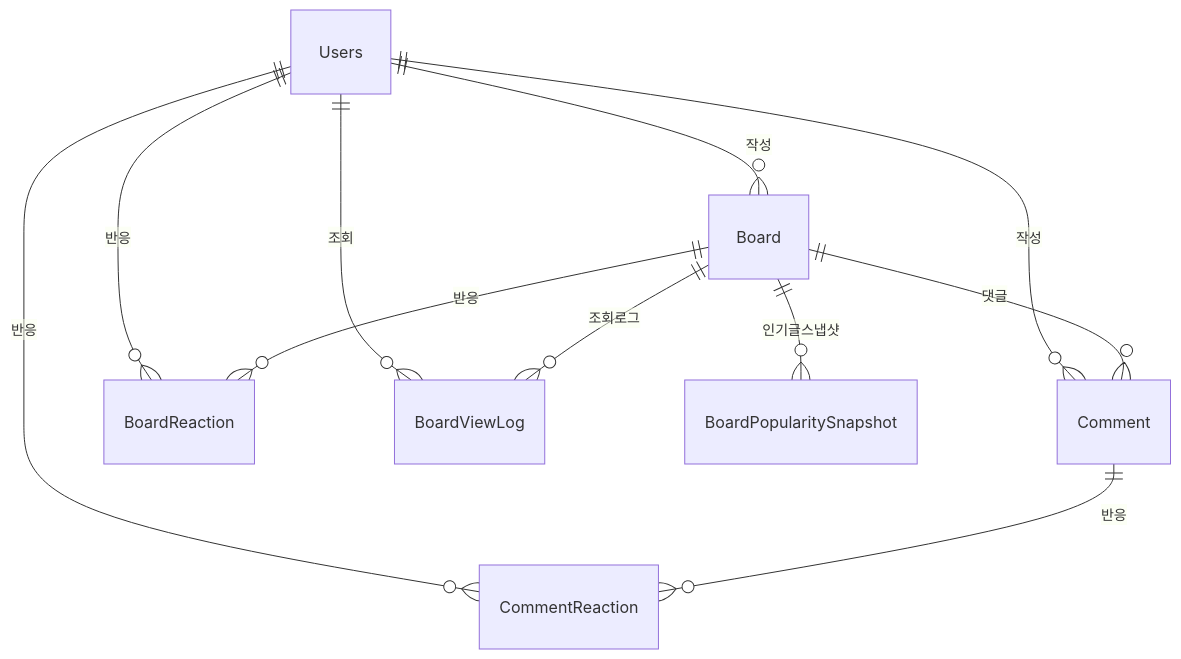
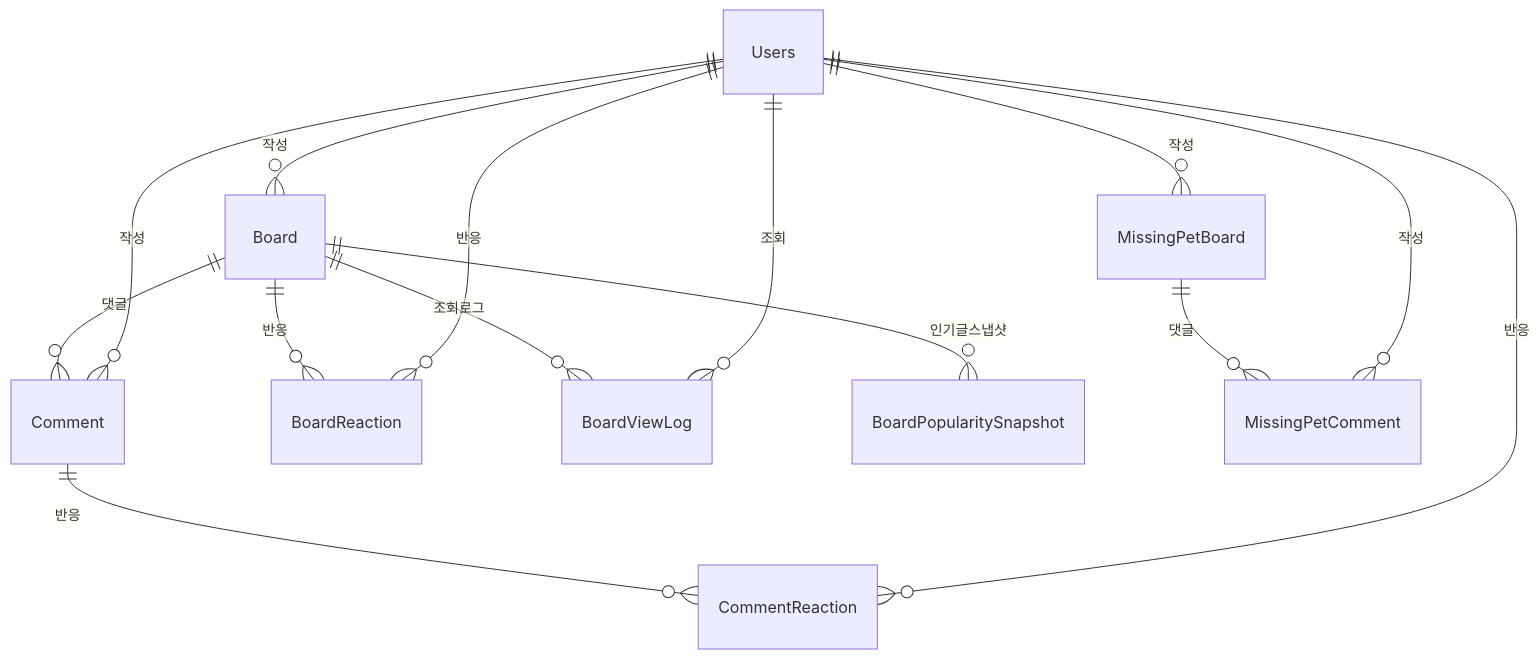
The diagram in docs/domains/board.md (makkong1/Petory), drawn with Mermaid before and after one commit. The commit also changed other lines of this file and 10 other files, not shown here.

````diff
--- a/docs/domains/board.md
+++ b/docs/domains/board.md
@@ -303,13 +430,16 @@
 ```mermaid
 erDiagram
     Users ||--o{ Board : "작성"
     Board ||--o{ Comment : "댓글"
     Board ||--o{ BoardReaction : "반응"
     Board ||--o{ BoardViewLog : "조회로그"
     Board ||--o{ BoardPopularitySnapshot : "인기글스냅샷"
     Comment ||--o{ CommentReaction : "반응"
     Users ||--o{ Comment : "작성"
     Users ||--o{ BoardReaction : "반응"
     Users ||--o{ CommentReaction : "반응"
     Users ||--o{ BoardViewLog : "조회"
+    Users ||--o{ MissingPetBoard : "작성"
+    MissingPetBoard ||--o{ MissingPetComment : "댓글"
+    Users ||--o{ MissingPetComment : "작성"
 ```
````
